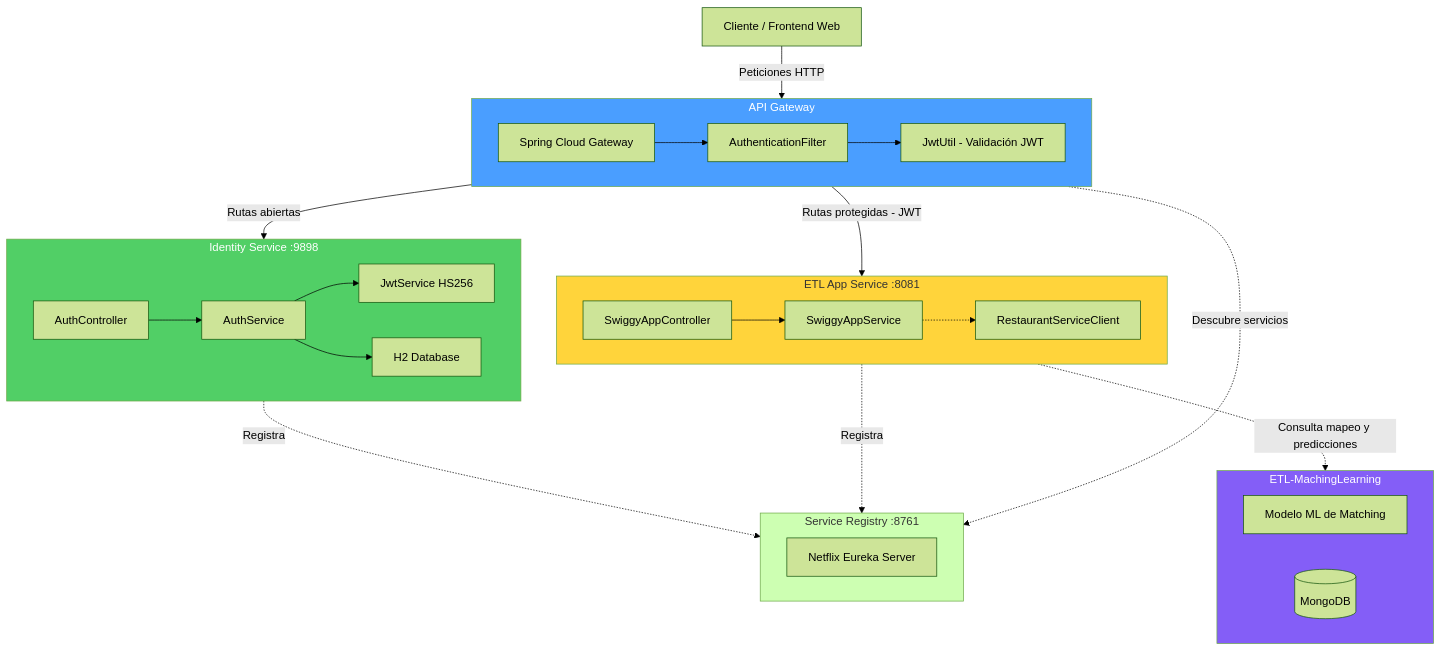
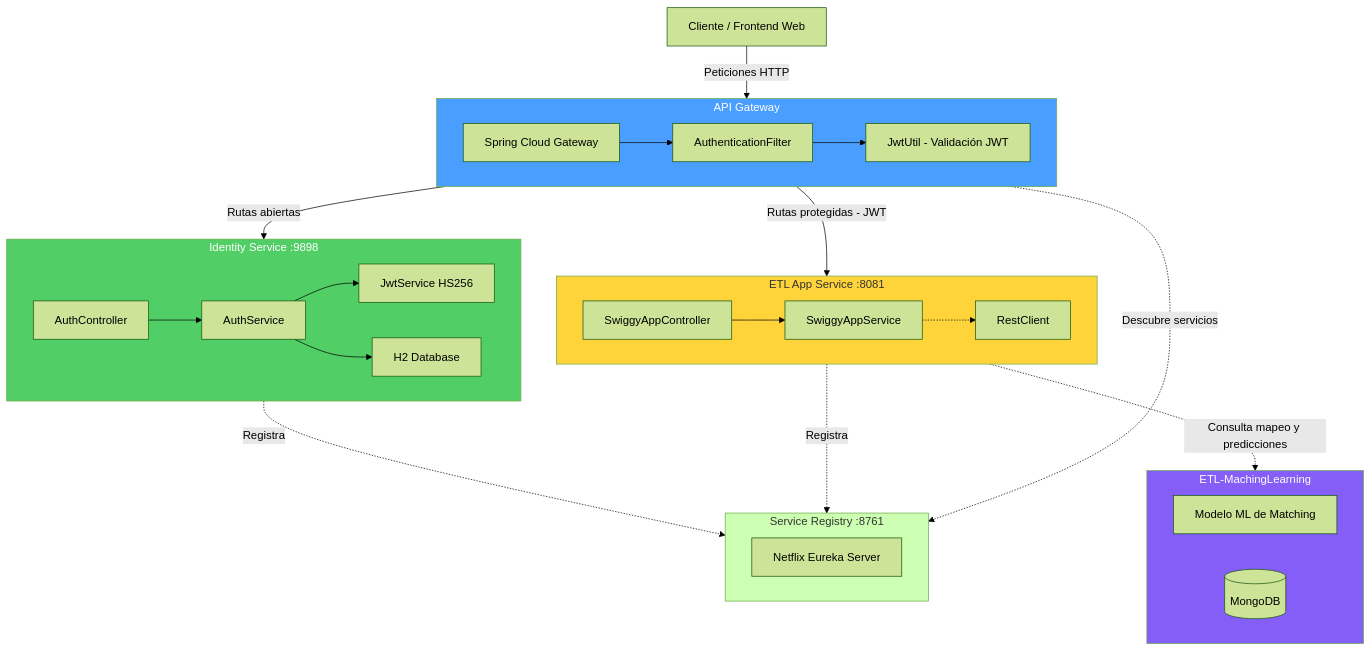
Before and after one commit to ByAncort/ETL-BACKEND: the first of 7 diagrams in README.md, drawn with Mermaid (forest theme). The commit also changed other lines of this file, not shown here.

````diff
--- a/README.md
+++ b/README.md
@@ -35,51 +35,50 @@
 ```mermaid
 graph TB
     Cliente["Cliente / Frontend Web"] -->|"Peticiones HTTP"| GW
 
     subgraph GW["API Gateway"]
         Gateway["Spring Cloud Gateway"]
         AuthFilter["AuthenticationFilter"]
         JwtVal["JwtUtil - Validación JWT"]
         Gateway --> AuthFilter --> JwtVal
     end
 
     subgraph Eureka["Service Registry :8761"]
         EurekaServer["Netflix Eureka Server"]
     end
 
     subgraph Identity["Identity Service :9898"]
         AuthCtrl["AuthController"]
         AuthSvc["AuthService"]
         JwtSvc["JwtService HS256"]
         H2["H2 Database"]
         AuthCtrl --> AuthSvc
         AuthSvc --> JwtSvc
         AuthSvc --> H2
     end
 
     subgraph App["ETL App Service :8081"]
         AppCtrl["SwiggyAppController"]
         AppSvc["SwiggyAppService"]
-        RestClient["RestaurantServiceClient"]
         AppCtrl --> AppSvc
         AppSvc -.-> RestClient
     end
 
     subgraph ML["ETL-MachingLearning"]
         MLModel["Modelo ML de Matching"]
         MongoDB[(MongoDB)]
     end
 
     GW -->|"Rutas abiertas"| Identity
     GW -->|"Rutas protegidas - JWT"| App
     App -.->|"Consulta mapeo y predicciones"| ML
 
     Identity -.->|"Registra"| Eureka
     App -.->|"Registra"| Eureka
     GW -.->|"Descubre servicios"| Eureka
 
     style ML fill:#845ef7,color:#fff
     style GW fill:#4a9eff,color:#fff
     style Identity fill:#51cf66,color:#fff
     style App fill:#ffd43b,color:#333
 ```
````
